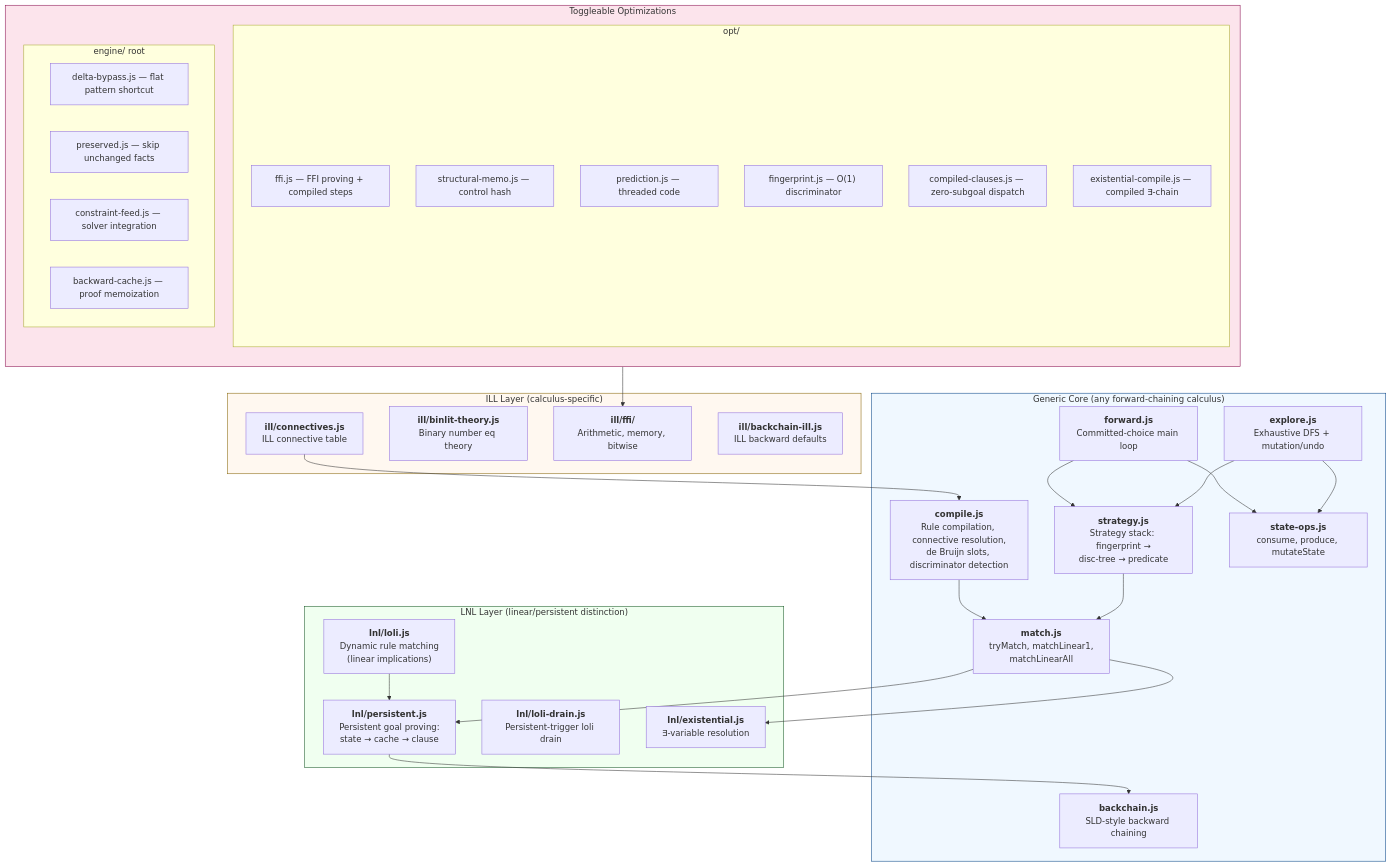
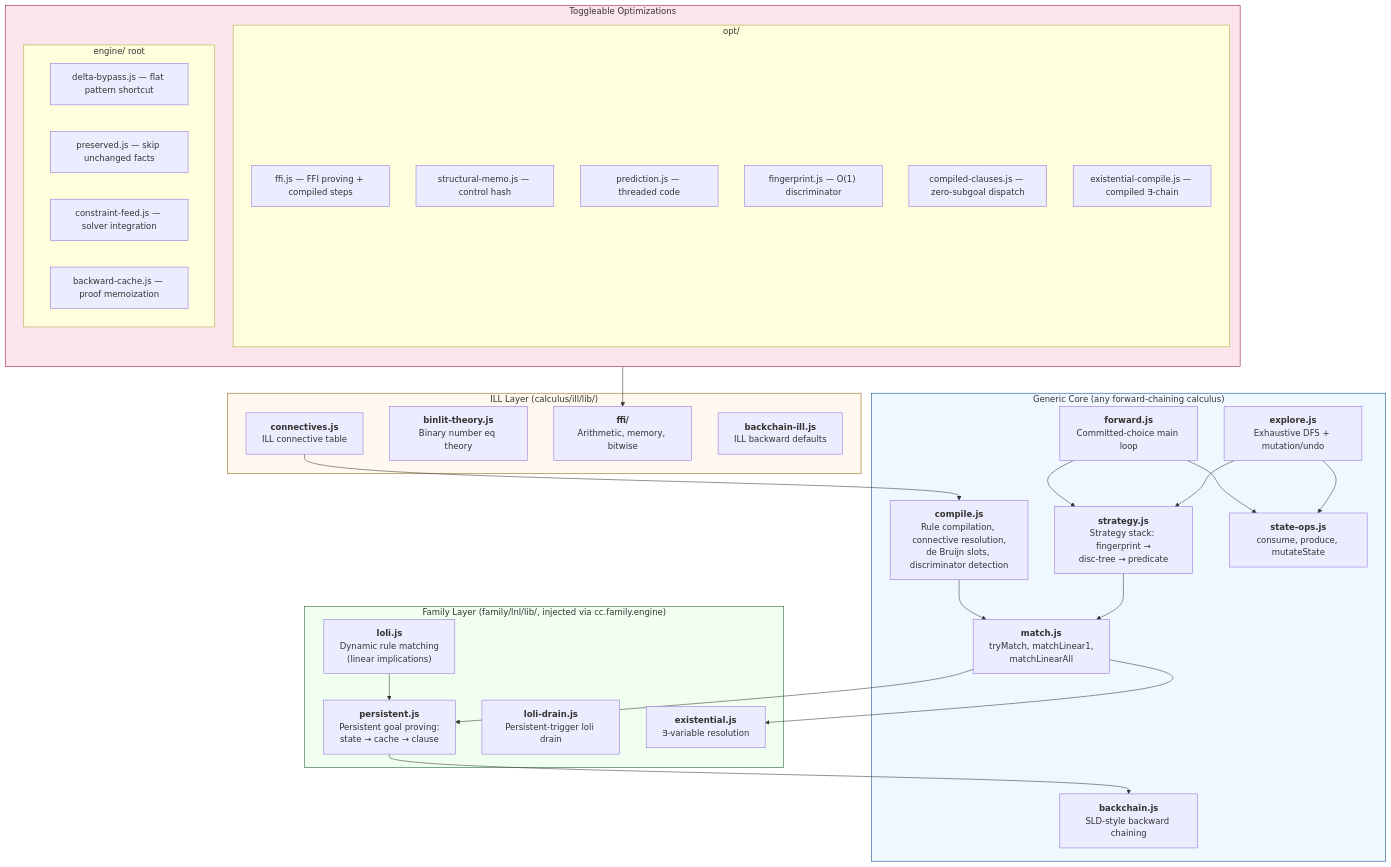
One commit to mhhf/calc changed the first of 7 diagrams in doc/documentation/forward-chaining-engine.md. Above: the diagram before and after it, drawn with Mermaid. The commit also changed other lines of this file and 8 other files, not shown here.

First line of the commit message:
docs: family layer, derived contextStructure, facade API — TODO_0086 doc sweep

````diff
--- a/doc/documentation/forward-chaining-engine.md
+++ b/doc/documentation/forward-chaining-engine.md
@@ -17,62 +17,62 @@
 ```mermaid
 graph TB
     subgraph Generic["Generic Core (any forward-chaining calculus)"]
         COMPILE["<b>compile.js</b><br/>Rule compilation, connective resolution,<br/>de Bruijn slots, discriminator detection"]
         MATCH["<b>match.js</b><br/>tryMatch, matchLinear1,<br/>matchLinearAll"]
         STRATEGY["<b>strategy.js</b><br/>Strategy stack: fingerprint →<br/>disc-tree → predicate"]
         FORWARD["<b>forward.js</b><br/>Committed-choice main loop"]
         EXPLORE["<b>explore.js</b><br/>Exhaustive DFS + mutation/undo"]
         STATEOPS["<b>state-ops.js</b><br/>consume, produce, mutateState"]
         BACKCHAIN["<b>backchain.js</b><br/>SLD-style backward chaining"]
     end
 
-    subgraph LNL["LNL Layer (linear/persistent distinction)"]
-        PERSISTENT["<b>lnl/persistent.js</b><br/>Persistent goal proving:<br/>state → cache → clause"]
-        LOLI["<b>lnl/loli.js</b><br/>Dynamic rule matching<br/>(linear implications)"]
-        DRAIN["<b>lnl/loli-drain.js</b><br/>Persistent-trigger loli drain"]
-        EXIST["<b>lnl/existential.js</b><br/>∃-variable resolution"]
+    subgraph LNL["Family Layer (family/lnl/lib/, injected via cc.family.engine)"]
+        PERSISTENT["<b>persistent.js</b><br/>Persistent goal proving:<br/>state → cache → clause"]
+        LOLI["<b>loli.js</b><br/>Dynamic rule matching<br/>(linear implications)"]
+        DRAIN["<b>loli-drain.js</b><br/>Persistent-trigger loli drain"]
+        EXIST["<b>existential.js</b><br/>∃-variable resolution"]
     end
 
-    subgraph ILL["ILL Layer (calculus-specific)"]
-        CONN["<b>ill/connectives.js</b><br/>ILL connective table"]
-        BINLIT["<b>ill/binlit-theory.js</b><br/>Binary number eq theory"]
-        FFI["<b>ill/ffi/</b><br/>Arithmetic, memory, bitwise"]
-        BCILL["<b>ill/backchain-ill.js</b><br/>ILL backward defaults"]
+    subgraph ILL["ILL Layer (calculus/ill/lib/)"]
+        CONN["<b>connectives.js</b><br/>ILL connective table"]
+        BINLIT["<b>binlit-theory.js</b><br/>Binary number eq theory"]
+        FFI["<b>ffi/</b><br/>Arithmetic, memory, bitwise"]
+        BCILL["<b>backchain-ill.js</b><br/>ILL backward defaults"]
     end
 
     subgraph Opt["Toggleable Optimizations"]
         direction TB
         subgraph OptDir["opt/"]
             OPT_FFI["ffi.js — FFI proving + compiled steps"]
             OPT_MEMO["structural-memo.js — control hash"]
             OPT_PRED["prediction.js — threaded code"]
             OPT_FP["fingerprint.js — O(1) discriminator"]
             OPT_CC["compiled-clauses.js — zero-subgoal dispatch"]
             OPT_EC["existential-compile.js — compiled ∃-chain"]
         end
         subgraph EngRoot["engine/ root"]
             OPT_DELTA["delta-bypass.js — flat pattern shortcut"]
             OPT_PRES["preserved.js — skip unchanged facts"]
             OPT_CONS["constraint-feed.js — solver integration"]
             OPT_CACHE["backward-cache.js — proof memoization"]
         end
     end
 
     COMPILE --> MATCH
     MATCH --> PERSISTENT
     MATCH --> EXIST
     STRATEGY --> MATCH
     FORWARD --> STRATEGY
     EXPLORE --> STRATEGY
     FORWARD --> STATEOPS
     EXPLORE --> STATEOPS
     PERSISTENT --> BACKCHAIN
     LOLI --> PERSISTENT
     OPT_FFI --> FFI
     CONN --> COMPILE
 
     style Generic fill:#f0f8ff,stroke:#004085
     style LNL fill:#f0fff0,stroke:#155724
     style ILL fill:#fff8f0,stroke:#856404
     style Opt fill:#fce4ec,stroke:#880e4f
 ```
````
